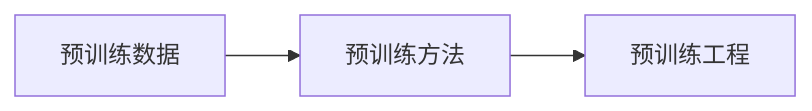
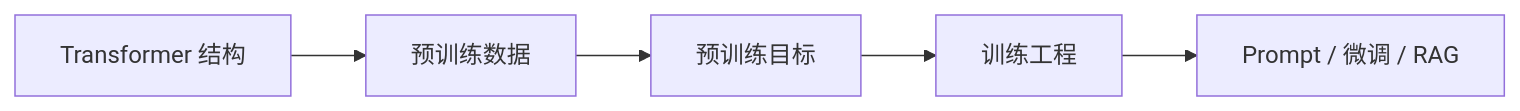
One commit to oudbiao/AI-fullstack-course changed the first of 2 diagrams in docs/stage8a/ch04-pretraining/00-roadmap.md. Above: the diagram before and after it, drawn with Mermaid. The commit also changed other lines of this file and 139 other files, not shown here.

````diff
--- a/docs/stage8a/ch04-pretraining/00-roadmap.md
+++ b/docs/stage8a/ch04-pretraining/00-roadmap.md
@@ -16,5 +18,7 @@
 ```mermaid
 flowchart LR
-    A["预训练数据"] --> B["预训练方法"]
-    B --> C["预训练工程"]
+  A[Transformer 结构] --> B[预训练数据]
+  B --> C[预训练目标]
+  C --> D[训练工程]
+  D --> E[Prompt / 微调 / RAG]
 ```
````
